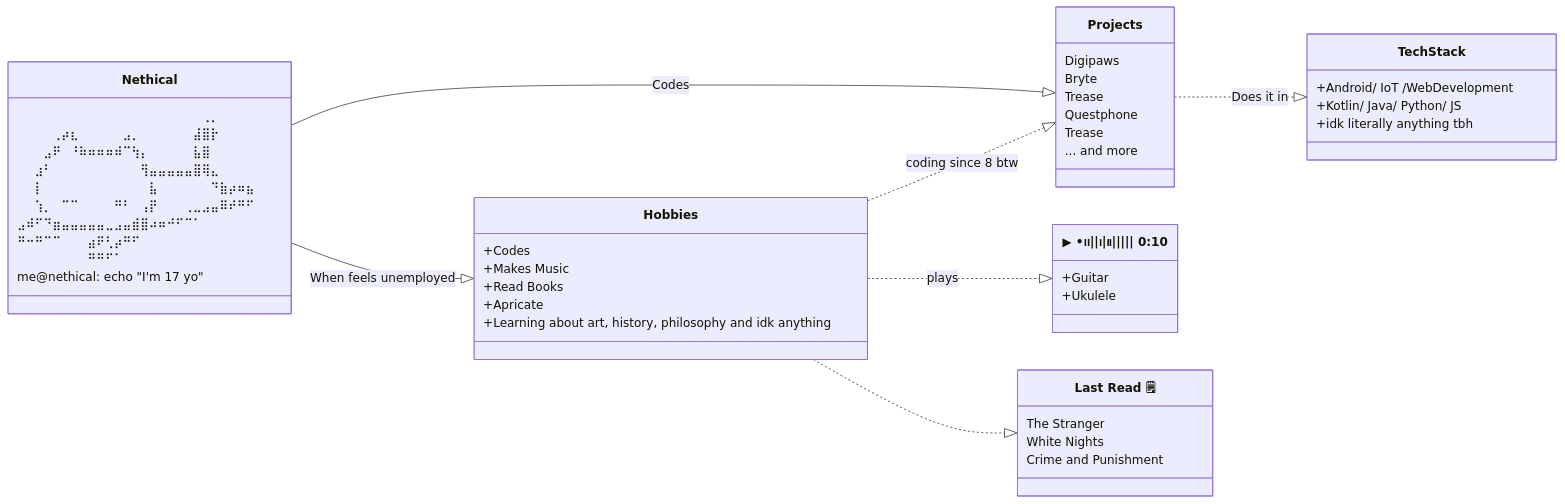
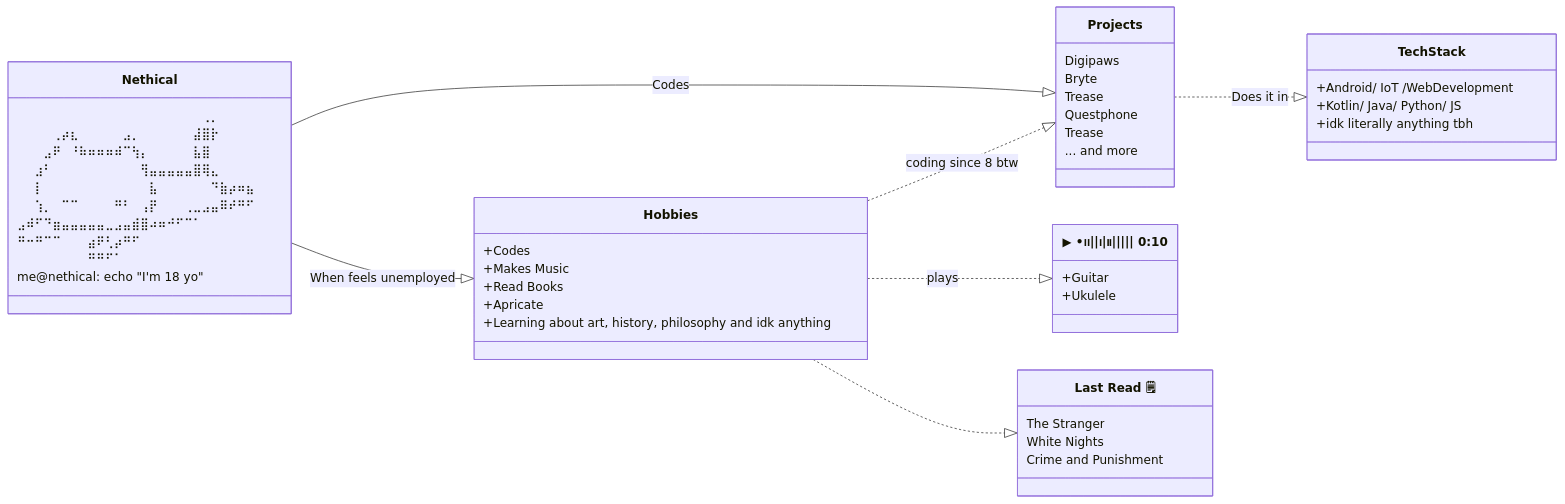
The diagram in README.md (nethical6/nethical6), drawn with Mermaid before and after one commit. The commit also changed other lines of this file, not shown here.

````diff
--- a/README.md
+++ b/README.md
@@ -1,56 +1,56 @@
 ```mermaid
 classDiagram
     direction LR
     class Nethical {
 ⠀⠀⠀⠀⠀⠀⠀⠀⠀⠀⠀⠀⠀⠀⠀⠀⠀⠀⠀⠀⠀⢀⡀⠀⠀⠀⠀
 ⠀⠀⠀⠀⢀⡴⣆⠀⠀⠀⠀⠀⣠⡀⠀⠀⠀⠀⠀⠀⣼⣿⡗⠀⠀⠀⠀
 ⠀⠀⠀⣠⠟⠀⠘⠷⠶⠶⠶⠾⠉⢳⡄⠀⠀⠀⠀⠀⣧⣿⠀⠀⠀⠀⠀
 ⠀⠀⣰⠃⠀⠀⠀⠀⠀⠀⠀⠀⠀⠀⢻⣤⣤⣤⣤⣤⣿⢿⣄⠀⠀⠀⠀
 ⠀⠀⡇⠀⠀⠀⠀⠀⠀⠀⠀⠀⠀⠀⠀⣧⠀⠀⠀⠀⠀⠀⠙⣷⡴⠶⣦
 ⠀⠀⢱⡀⠀⠉⠉⠀⠀⠀⠀⠛⠃⠀⢠⡟⠀⠀⠀⢀⣀⣠⣤⠿⠞⠛⠋
 ⣠⠾⠋⠙⣶⣤⣤⣤⣤⣤⣀⣠⣤⣾⣿⠴⠶⠚⠋⠉⠁⠀⠀⠀⠀⠀⠀
 ⠛⠒⠛⠉⠉⠀⠀⠀⣴⠟⢃⡴⠛⠋⠀⠀⠀⠀⠀⠀⠀⠀⠀⠀⠀⠀⠀
 ⠀⠀⠀⠀⠀⠀⠀⠀⠛⠛⠋⠁⠀⠀⠀⠀⠀⠀⠀⠀⠀⠀⠀⠀⠀⠀⠀
 
-        me@nethical: echo "I'm 17 yo" 
+        me@nethical: echo "I'm 18 yo" 
     }
     class Projects {
         Digipaws
         Bryte
         Trease
         Questphone
         Trease
         ... and more
     }  
     class Hobbies {
         +Codes
         +Makes Music
         +Read Books
         +Apricate
         +Learning about art, history, philosophy and idk anything
     }
 
     class Music["▶︎ •၊၊||၊|။||||| 0:10"] {
         +Guitar
         +Ukulele
     }
     class TechStack {
         +Android/ IoT /WebDevelopment
         +Kotlin/ Java/ Python/ JS
         +idk literally anything tbh
     }
 
     class LastRead["Last Read 🗒"] {
         The Stranger
         White Nights
         Crime and Punishment
     }
 
     Nethical --|> Projects : Codes
     Nethical --|> Hobbies : When feels unemployed
 
     Projects ..|> TechStack : Does it in
     Hobbies ..|> Projects : coding since 8 btw 
     Hobbies ..|> Music : plays
     Hobbies ..|> LastRead
 ```
````
